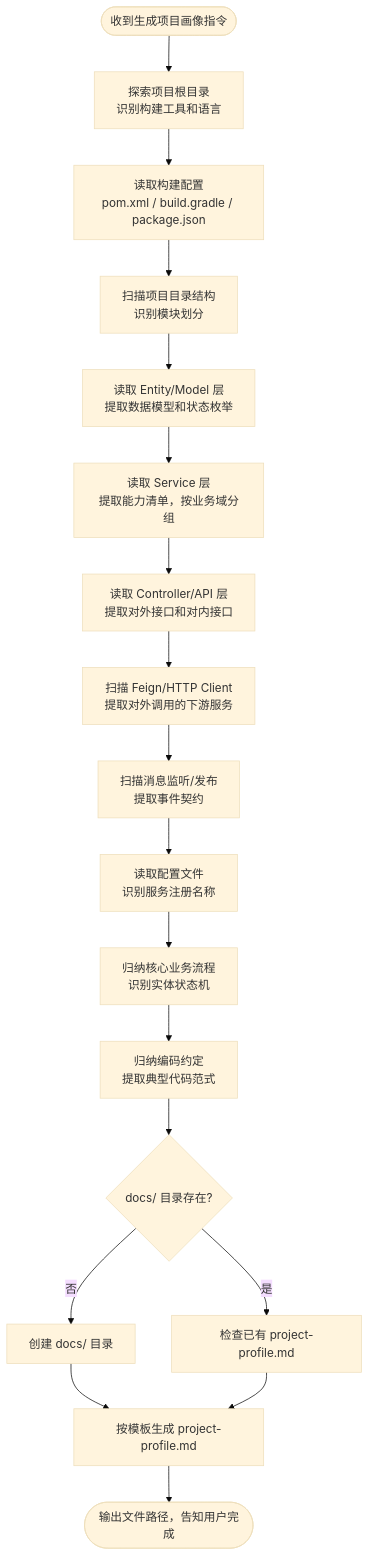
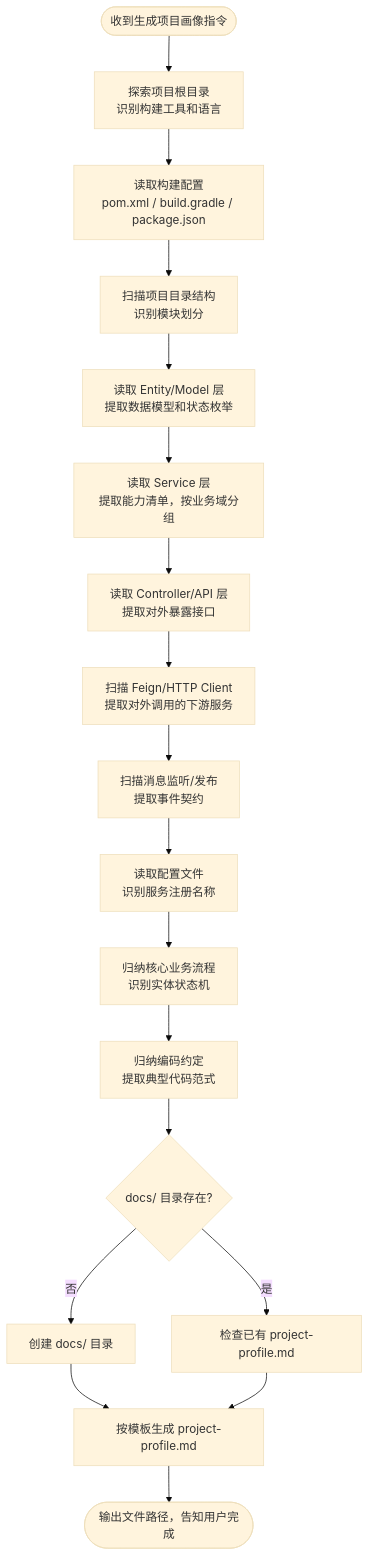
One commit to exception-coder/team-standards changed the diagram in skills/generate-project-profile/SKILL.md. Above: the diagram before and after it, drawn with Mermaid (base theme).

Commit message:
chore(standards): auto-sync skills/generate-project-profile/SKILL.md

````diff
--- a/skills/generate-project-profile/SKILL.md
+++ b/skills/generate-project-profile/SKILL.md
@@ -44,20 +44,20 @@
 ```mermaid
 flowchart TD
     A(["收到生成项目画像指令"]) --> B["探索项目根目录<br/>识别构建工具和语言"]
     B --> C["读取构建配置<br/>pom.xml / build.gradle / package.json"]
     C --> D["扫描项目目录结构<br/>识别模块划分"]
     D --> E["读取 Entity/Model 层<br/>提取数据模型和状态枚举"]
     E --> F["读取 Service 层<br/>提取能力清单，按业务域分组"]
-    F --> G["读取 Controller/API 层<br/>提取对外接口和对内接口"]
+    F --> G["读取 Controller/API 层<br/>提取对外暴露接口"]
     G --> G2["扫描 Feign/HTTP Client<br/>提取对外调用的下游服务"]
     G2 --> G3["扫描消息监听/发布<br/>提取事件契约"]
     G3 --> H["读取配置文件<br/>识别服务注册名称"]
     H --> I["归纳核心业务流程<br/>识别实体状态机"]
     I --> J["归纳编码约定<br/>提取典型代码范式"]
     J --> K{"docs/ 目录存在?"}
     K -->|否| L["创建 docs/ 目录"]
     K -->|是| M["检查已有 project-profile.md"]
     L --> N["按模板生成 project-profile.md"]
     M --> N
     N --> O(["输出文件路径，告知用户完成"])
 ```
````
